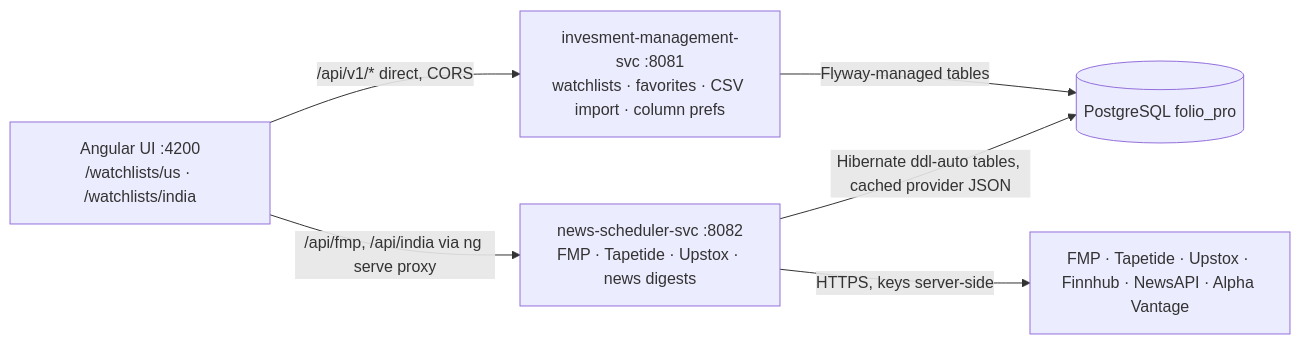
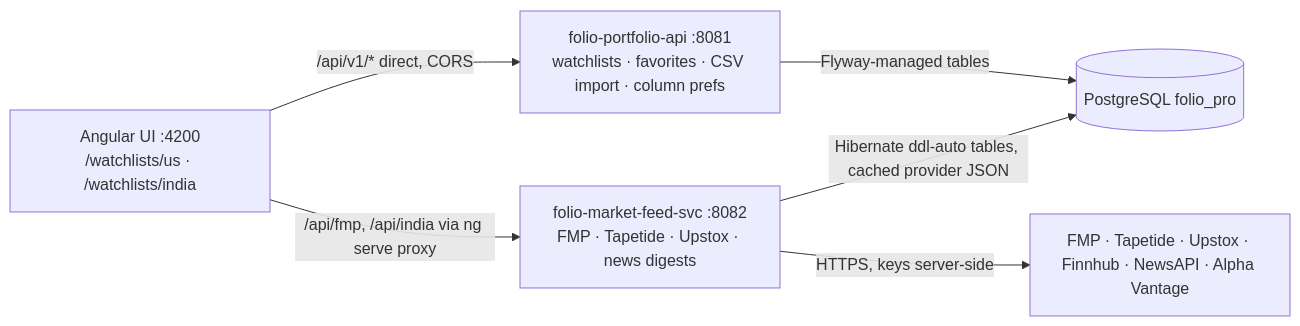
The first of 5 diagrams in docs/architecture.md (omkarchorghe16/folio-pro-ui), drawn with Mermaid before and after one commit. The commit also changed other lines of this file and 15 other files, not shown here.

````diff
--- a/docs/architecture.md
+++ b/docs/architecture.md
@@ -11,8 +11,8 @@
 ```mermaid
 flowchart LR
-    Browser[Angular UI :4200\n/watchlists/us · /watchlists/india] -->|/api/v1/* direct, CORS| Inv[invesment-management-svc :8081\nwatchlists · favorites · CSV import · column prefs]
-    Browser -->|/api/fmp, /api/india via ng serve proxy| News[news-scheduler-svc :8082\nFMP · Tapetide · Upstox · news digests]
+    Browser[Angular UI :4200\n/watchlists/us · /watchlists/india] -->|/api/v1/* direct, CORS| Inv[folio-portfolio-api :8081\nwatchlists · favorites · CSV import · column prefs]
+    Browser -->|/api/fmp, /api/india via ng serve proxy| News[folio-market-feed-svc :8082\nFMP · Tapetide · Upstox · news digests]
     Inv -->|Flyway-managed tables| DB[(PostgreSQL folio_pro)]
     News -->|Hibernate ddl-auto tables, cached provider JSON| DB
     News -->|HTTPS, keys server-side| Providers[FMP · Tapetide · Upstox · Finnhub · NewsAPI · Alpha Vantage]
 ```
````
